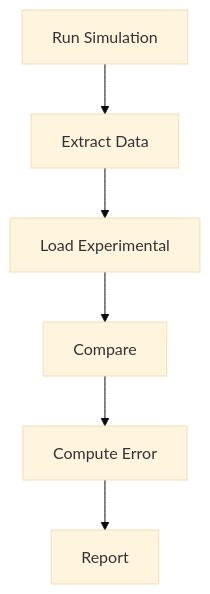
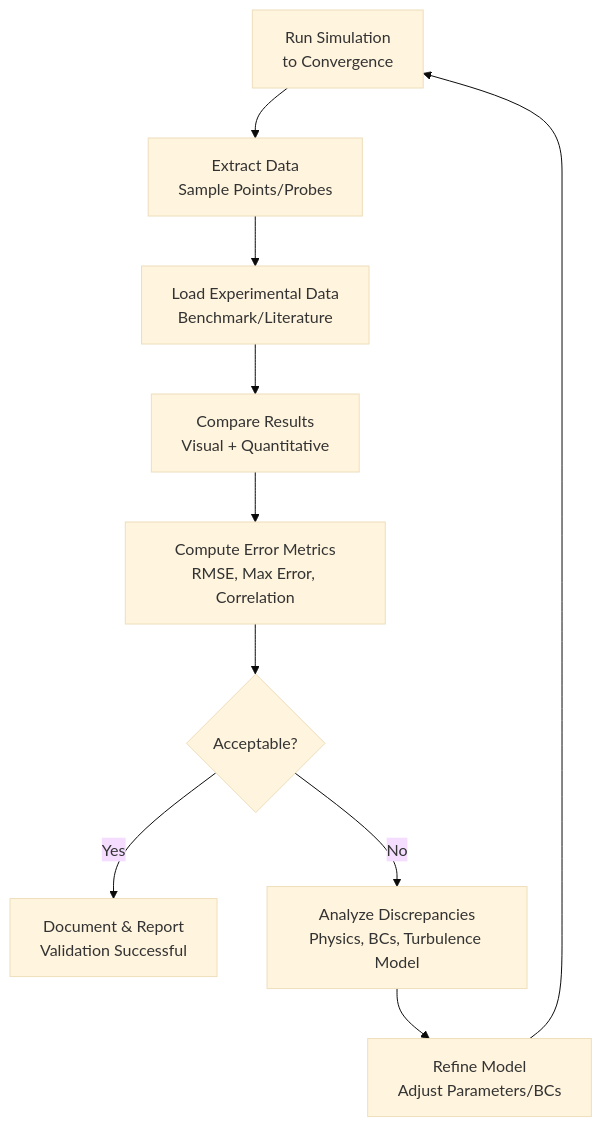
Before and after one commit to wramet/build-my-cfd: the diagram in MODULE_08_TESTING_VALIDATION/CONTENT/04_VALIDATION_BENCHMARKS/01_Physical_Validation.md, drawn with Mermaid (base theme). The commit also changed other lines of this file and 203 other files, not shown here.

````diff
--- a/MODULE_08_TESTING_VALIDATION/CONTENT/04_VALIDATION_BENCHMARKS/01_Physical_Validation.md
+++ b/MODULE_08_TESTING_VALIDATION/CONTENT/04_VALIDATION_BENCHMARKS/01_Physical_Validation.md
@@ -37,8 +95,12 @@
 ```mermaid
 flowchart TD
-    A[Run Simulation] --> B[Extract Data]
-    B --> C[Load Experimental]
-    C --> D[Compare]
-    D --> E[Compute Error]
-    E --> F[Report]
+    A[Run Simulation<br/>to Convergence] --> B[Extract Data<br/>Sample Points/Probes]
+    B --> C[Load Experimental Data<br/>Benchmark/Literature]
+    C --> D[Compare Results<br/>Visual + Quantitative]
+    D --> E[Compute Error Metrics<br/>RMSE, Max Error, Correlation]
+    E --> F{Acceptable?}
+    F -->|Yes| G[Document & Report<br/>Validation Successful]
+    F -->|No| H[Analyze Discrepancies<br/>Physics, BCs, Turbulence Model]
+    H --> I[Refine Model<br/>Adjust Parameters/BCs]
+    I --> A
 ```
````
